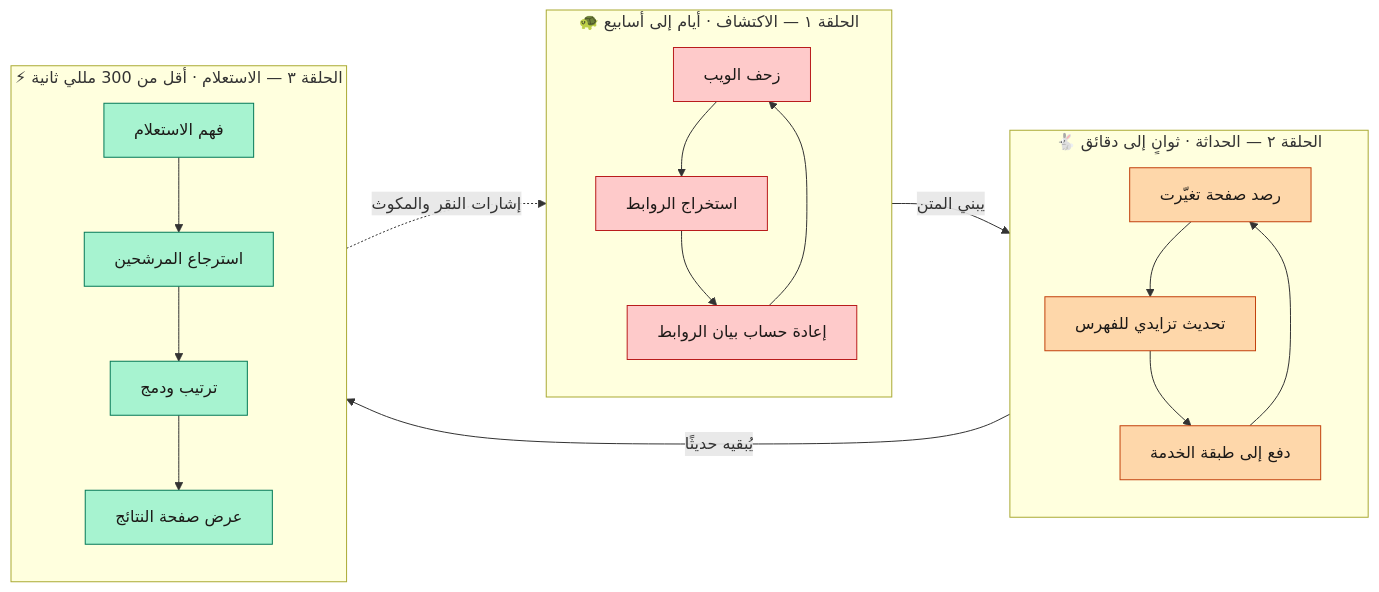
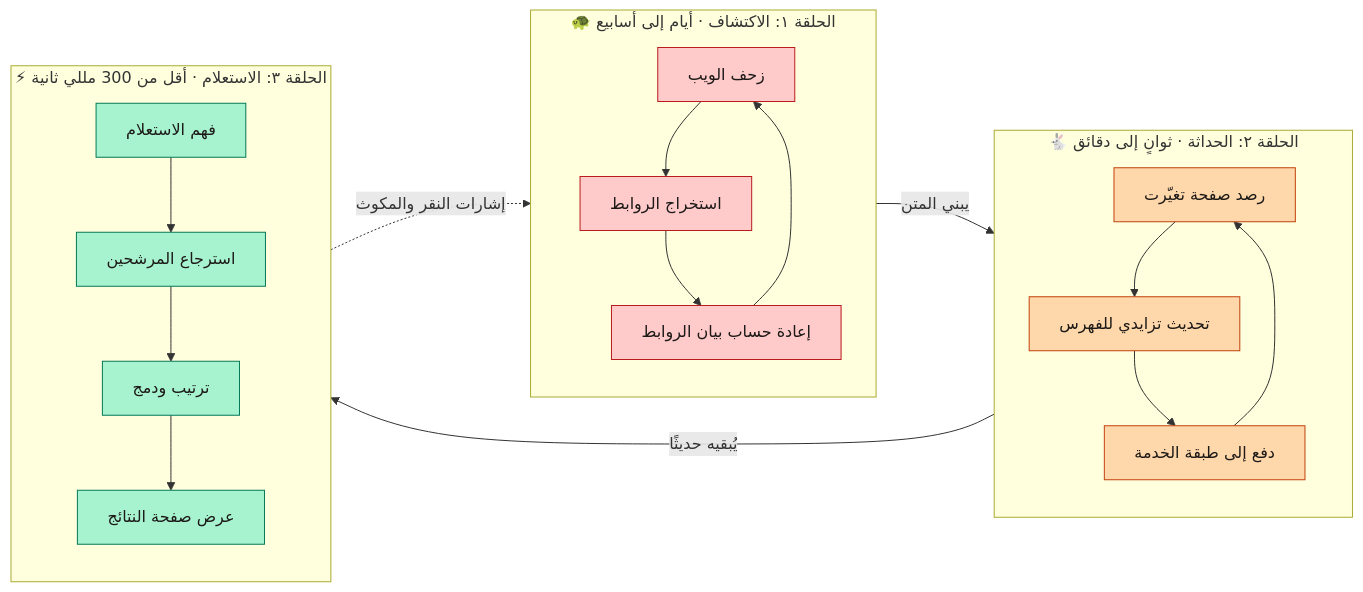
One commit to ahmedselimmansor-ctrl/google-search-system-design changed the second of 4 diagrams in README.ar.md. Above: the diagram before and after it, drawn with Mermaid. The commit also changed other lines of this file and 89 other files, not shown here.

````diff
--- a/README.ar.md
+++ b/README.ar.md
@@ -125,28 +125,28 @@
 ```mermaid
 flowchart LR
-    subgraph L1["🐢 الحلقة ١ — الاكتشاف · أيام إلى أسابيع"]
+    subgraph L1["🐢 الحلقة ١: الاكتشاف · أيام إلى أسابيع"]
         direction TB
         A1["زحف الويب"] --> A2["استخراج الروابط"] --> A3["إعادة حساب بيان الروابط"] --> A1
     end
 
-    subgraph L2["🐇 الحلقة ٢ — الحداثة · ثوانٍ إلى دقائق"]
+    subgraph L2["🐇 الحلقة ٢: الحداثة · ثوانٍ إلى دقائق"]
         direction TB
         B1["رصد صفحة تغيّرت"] --> B2["تحديث تزايدي للفهرس"] --> B3["دفع إلى طبقة الخدمة"] --> B1
     end
 
-    subgraph L3["⚡ الحلقة ٣ — الاستعلام · أقل من 300 مللي ثانية"]
+    subgraph L3["⚡ الحلقة ٣: الاستعلام · أقل من 300 مللي ثانية"]
         direction TB
         C1["فهم الاستعلام"] --> C2["استرجاع المرشحين"] --> C3["ترتيب ودمج"] --> C4["عرض صفحة النتائج"]
     end
 
     L1 -->|"يبني المتن"| L2
     L2 -->|"يُبقيه حديثًا"| L3
     L3 -.->|"إشارات النقر والمكوث"| L1
 
     classDef slow fill:#fecaca,stroke:#b91c1c,color:#1c1917
     classDef mid fill:#fed7aa,stroke:#c2410c,color:#1c1917
     classDef fast fill:#a7f3d0,stroke:#047857,color:#1c1917
     class A1,A2,A3 slow
     class B1,B2,B3 mid
     class C1,C2,C3,C4 fast
 ```
````
